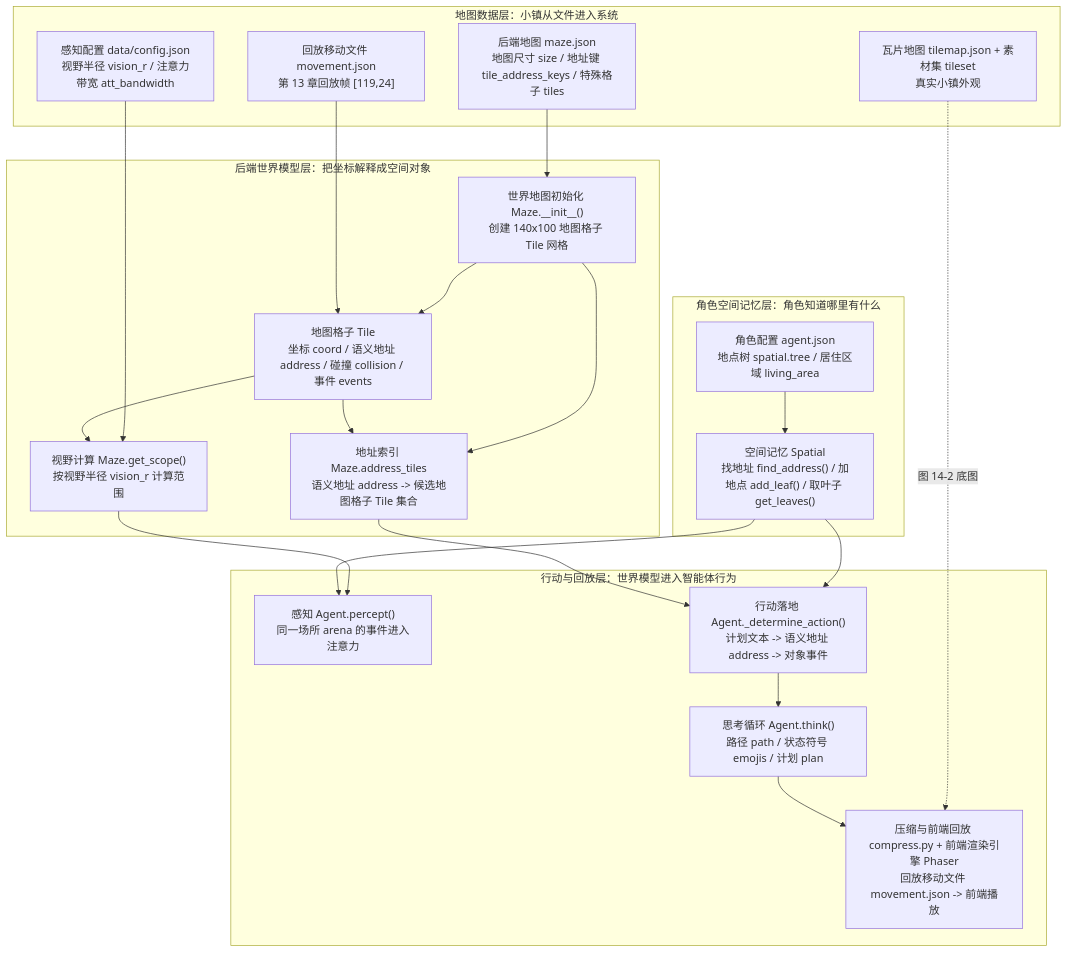
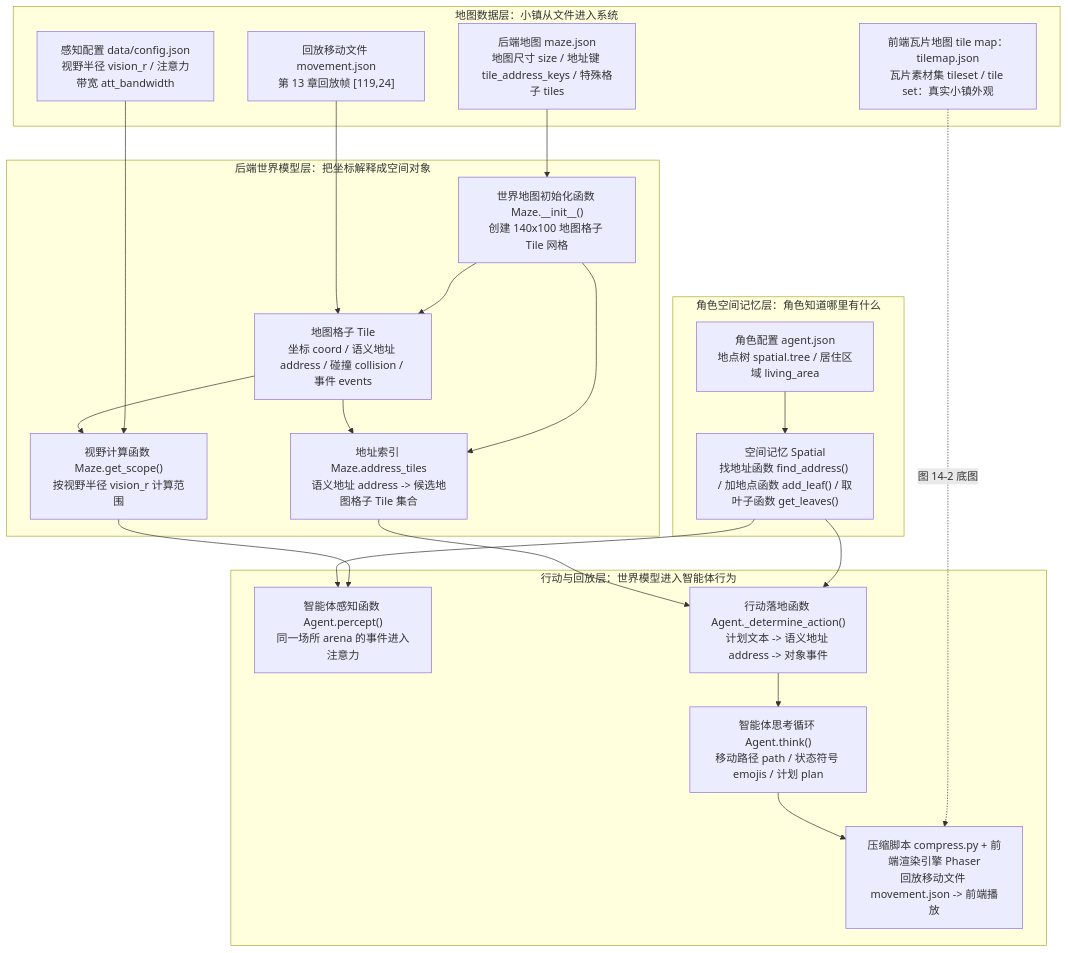
The first of 2 diagrams in docs/book/manuscript/part_03/chapter_14.md (tbkken/GenerativeAgentsCN), drawn with Mermaid before and after one commit. The commit also changed other lines of this file and 33 other files, not shown here.

````diff
--- a/docs/book/manuscript/part_03/chapter_14.md
+++ b/docs/book/manuscript/part_03/chapter_14.md
@@ -24,42 +24,42 @@
 ```mermaid
 flowchart TD
     subgraph L1["地图数据层：小镇从文件进入系统"]
-        Tilemap["瓦片地图 tilemap.json + 素材集 tileset<br/>真实小镇外观"]
+        Tilemap["前端瓦片地图 tile map：tilemap.json<br/>瓦片素材集 tileset / tile set：真实小镇外观"]
         MazeJson["后端地图 maze.json<br/>地图尺寸 size / 地址键 tile_address_keys / 特殊格子 tiles"]
         Config["感知配置 data/config.json<br/>视野半径 vision_r / 注意力带宽 att_bandwidth"]
         Movement["回放移动文件 movement.json<br/>第 13 章回放帧 [119,24]"]
     end
 
     subgraph L2["后端世界模型层：把坐标解释成空间对象"]
-        MazeInit["世界地图初始化 Maze.__init__()<br/>创建 140x100 地图格子 Tile 网格"]
+        MazeInit["世界地图初始化函数 Maze.__init__()<br/>创建 140x100 地图格子 Tile 网格"]
         TileObj["地图格子 Tile<br/>坐标 coord / 语义地址 address / 碰撞 collision / 事件 events"]
         AddressIndex["地址索引 Maze.address_tiles<br/>语义地址 address -> 候选地图格子 Tile 集合"]
-        Scope["视野计算 Maze.get_scope()<br/>按视野半径 vision_r 计算范围"]
+        Scope["视野计算函数 Maze.get_scope()<br/>按视野半径 vision_r 计算范围"]
     end
 
     subgraph L3["角色空间记忆层：角色知道哪里有什么"]
         AgentJson["角色配置 agent.json<br/>地点树 spatial.tree / 居住区域 living_area"]
-        SpatialObj["空间记忆 Spatial<br/>找地址 find_address() / 加地点 add_leaf() / 取叶子 get_leaves()"]
+        SpatialObj["空间记忆 Spatial<br/>找地址函数 find_address() / 加地点函数 add_leaf() / 取叶子函数 get_leaves()"]
     end
 
     subgraph L4["行动与回放层：世界模型进入智能体行为"]
-        Percept["感知 Agent.percept()<br/>同一场所 arena 的事件进入注意力"]
-        Determine["行动落地 Agent._determine_action()<br/>计划文本 -> 语义地址 address -> 对象事件"]
-        Think["思考循环 Agent.think()<br/>路径 path / 状态符号 emojis / 计划 plan"]
-        Replay["压缩与前端回放 compress.py + 前端渲染引擎 Phaser<br/>回放移动文件 movement.json -> 前端播放"]
+        Percept["智能体感知函数 Agent.percept()<br/>同一场所 arena 的事件进入注意力"]
+        Determine["行动落地函数 Agent._determine_action()<br/>计划文本 -> 语义地址 address -> 对象事件"]
+        Think["智能体思考循环 Agent.think()<br/>移动路径 path / 状态符号 emojis / 计划 plan"]
+        Replay["压缩脚本 compress.py + 前端渲染引擎 Phaser<br/>回放移动文件 movement.json -> 前端播放"]
     end
 
     Tilemap -. "图 14-2 底图" .-> Replay
     MazeJson --> MazeInit --> TileObj
     MazeInit --> AddressIndex
     Config --> Scope
     Movement --> TileObj
     TileObj --> Scope
     TileObj --> AddressIndex
     AgentJson --> SpatialObj
     Scope --> Percept
     SpatialObj --> Percept
     SpatialObj --> Determine
     AddressIndex --> Determine
     Determine --> Think --> Replay
 ```
````
